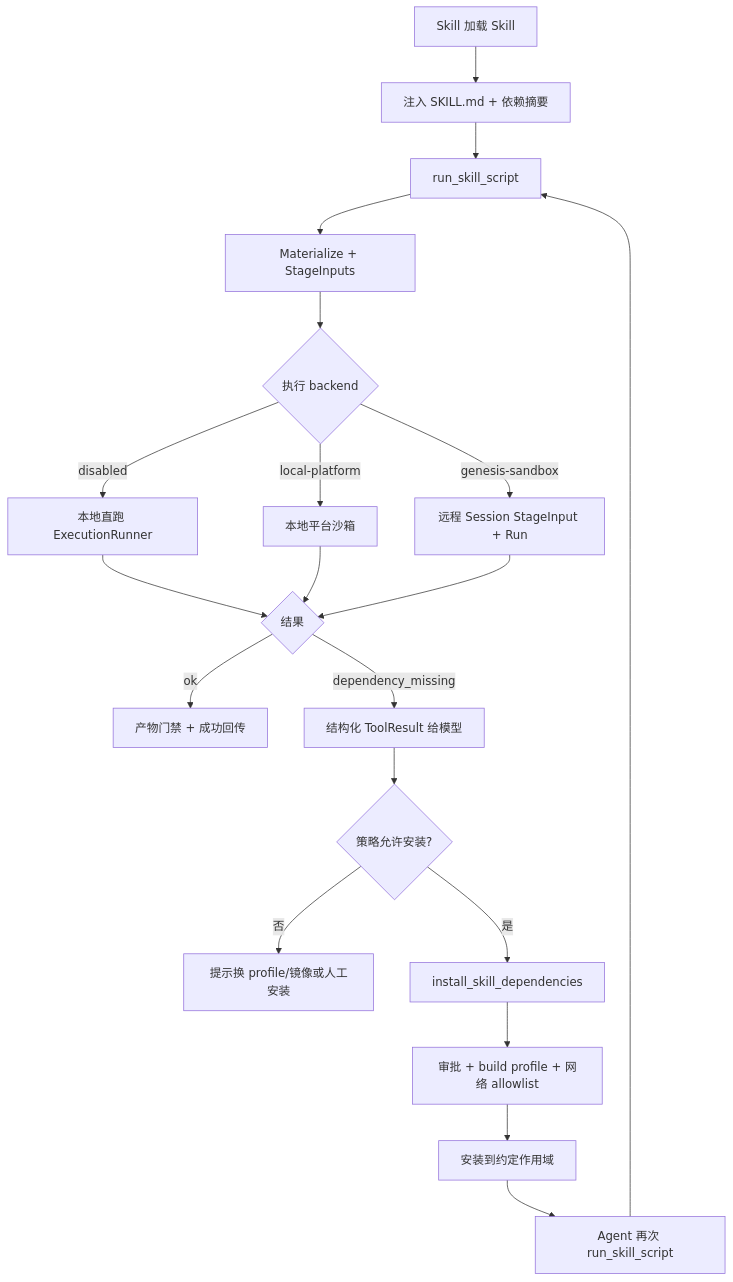
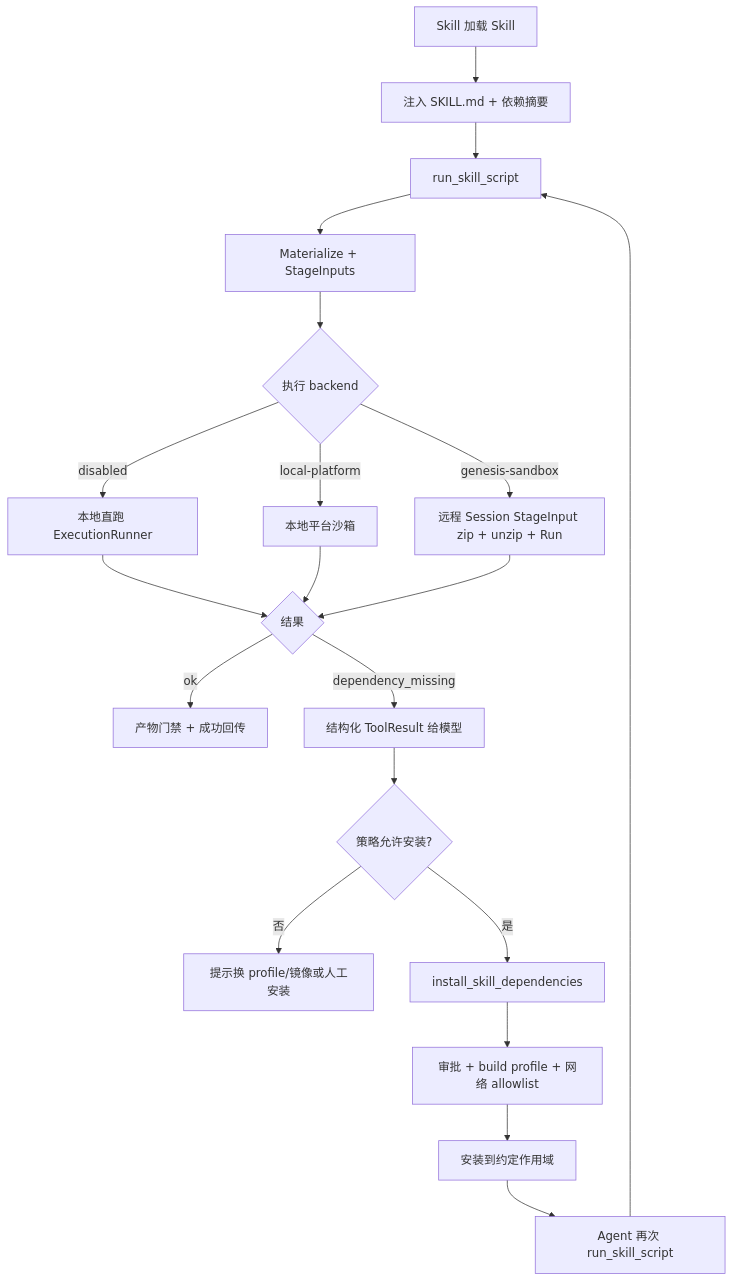
Before and after one commit to capemeta/genesis-agent: the diagram in docs/Skill三模式执行与依赖闭环设计.md, drawn with Mermaid. The commit also changed other lines of this file and 90 other files, not shown here.

````diff
--- a/docs/Skill三模式执行与依赖闭环设计.md
+++ b/docs/Skill三模式执行与依赖闭环设计.md
@@ -99,22 +99,22 @@
 ```mermaid
 flowchart TD
   A[Skill 加载 Skill] --> B[注入 SKILL.md + 依赖摘要]
   B --> C[run_skill_script]
   C --> D[Materialize + StageInputs]
   D --> E{执行 backend}
   E -->|disabled| F[本地直跑 ExecutionRunner]
   E -->|local-platform| G[本地平台沙箱]
-  E -->|genesis-sandbox| H[远程 Session StageInput + Run]
+  E -->|genesis-sandbox| H[远程 Session StageInput zip + unzip + Run]
   F --> I{结果}
   G --> I
   H --> I
   I -->|ok| J[产物门禁 + 成功回传]
   I -->|dependency_missing| K[结构化 ToolResult 给模型]
   K --> L{策略允许安装?}
   L -->|否| M[提示换 profile/镜像或人工安装]
   L -->|是| N[install_skill_dependencies]
   N --> O[审批 + build profile + 网络 allowlist]
   O --> P[安装到约定作用域]
   P --> Q[Agent 再次 run_skill_script]
   Q --> C
 ```
````
